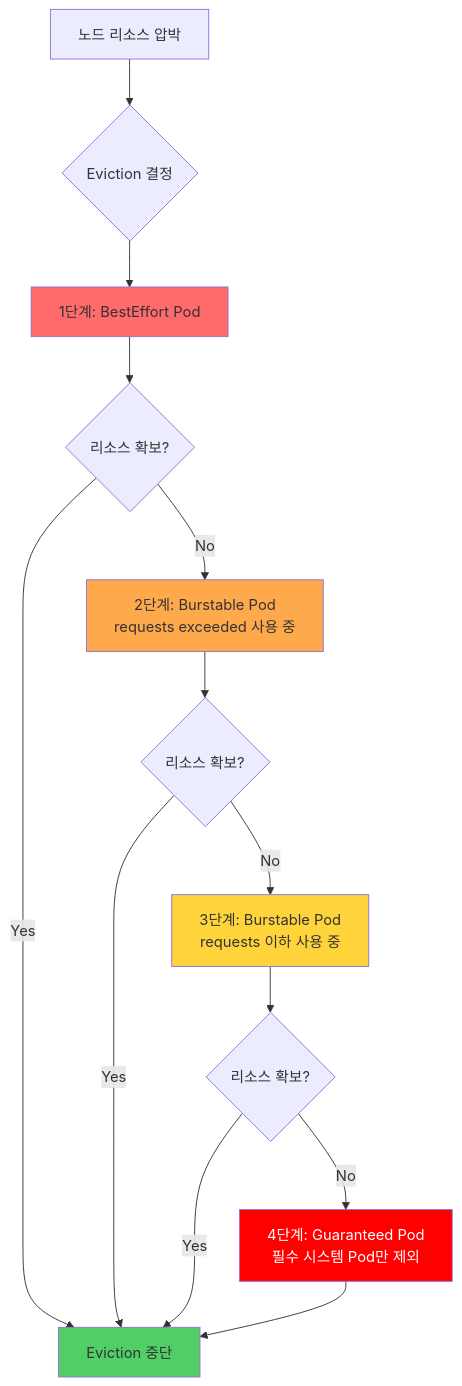
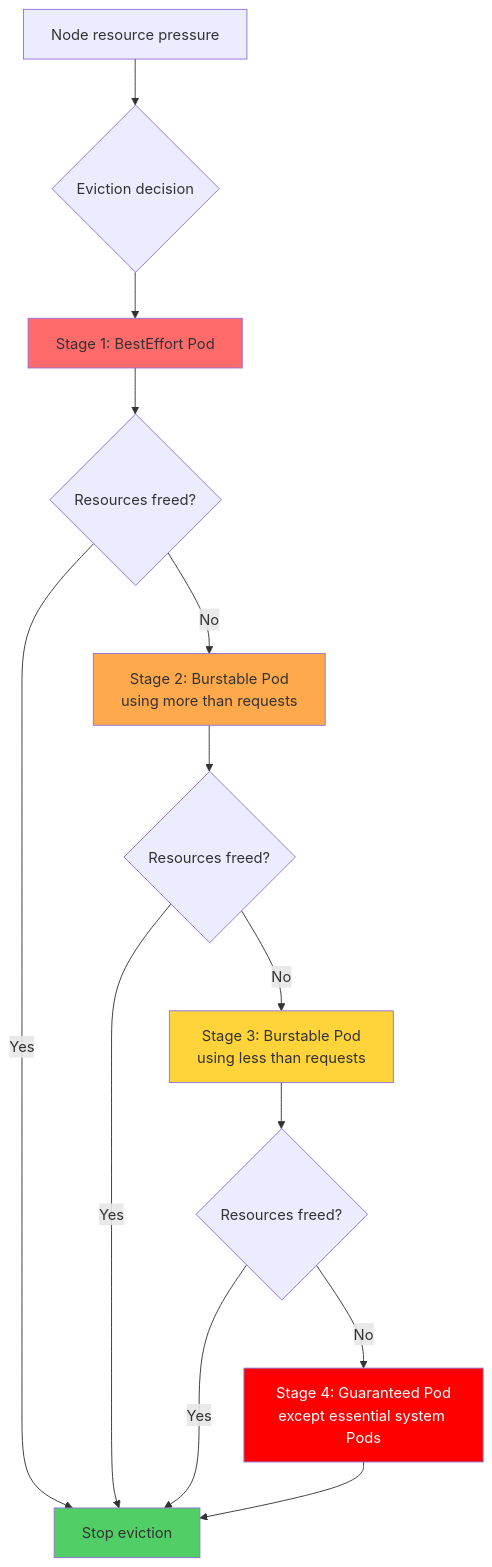
The fourth of 16 diagrams in i18n/en/docusaurus-plugin-content-docs/current/eks-best-practices/resource-cost/eks-resource-optimization.md (devfloor9/engineering-playbook), drawn with Mermaid before and after one commit. The commit also changed other lines of this file, not shown here.

Commit message:
docs(i18n/en): complete eks-resource-optimization.md translation (1356 Korean lines)

````diff
--- a/i18n/en/docusaurus-plugin-content-docs/current/eks-best-practices/resource-cost/eks-resource-optimization.md
+++ b/i18n/en/docusaurus-plugin-content-docs/current/eks-best-practices/resource-cost/eks-resource-optimization.md
@@ -967,25 +967,25 @@
 ```mermaid
 graph TB
-    A[노드 리소스 압박] --> B{Eviction 결정}
+    A[Node resource pressure] --> B{Eviction decision}
 
-    B --> C[1단계: BestEffort Pod]
-    C --> D{리소스 확보?}
-    D -->|No| E[2단계: Burstable Pod<br/>requests exceeded 사용 중]
-    D -->|Yes| Z[Eviction 중단]
+    B --> C[Stage 1: BestEffort Pod]
+    C --> D{Resources freed?}
+    D -->|No| E[Stage 2: Burstable Pod<br/>using more than requests]
+    D -->|Yes| Z[Stop eviction]
 
-    E --> F{리소스 확보?}
-    F -->|No| G[3단계: Burstable Pod<br/>requests 이하 사용 중]
+    E --> F{Resources freed?}
+    F -->|No| G[Stage 3: Burstable Pod<br/>using less than requests]
     F -->|Yes| Z
 
-    G --> H{리소스 확보?}
-    H -->|No| I[4단계: Guaranteed Pod<br/>필수 시스템 Pod만 제외]
+    G --> H{Resources freed?}
+    H -->|No| I[Stage 4: Guaranteed Pod<br/>except essential system Pods]
     H -->|Yes| Z
 
     I --> Z
 
     style C fill:#ff6b6b
     style E fill:#ffa94d
     style G fill:#ffd43b
     style I fill:#ff0000,color:#fff
     style Z fill:#51cf66
 ```
````
